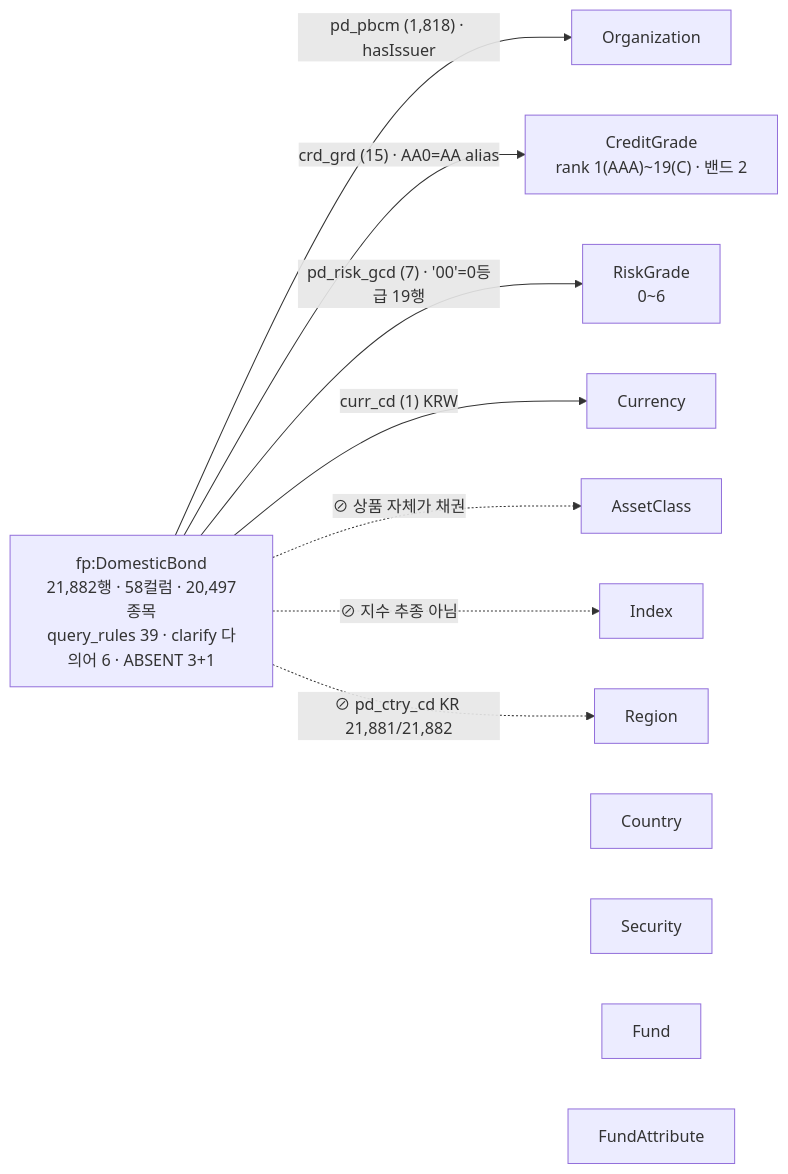
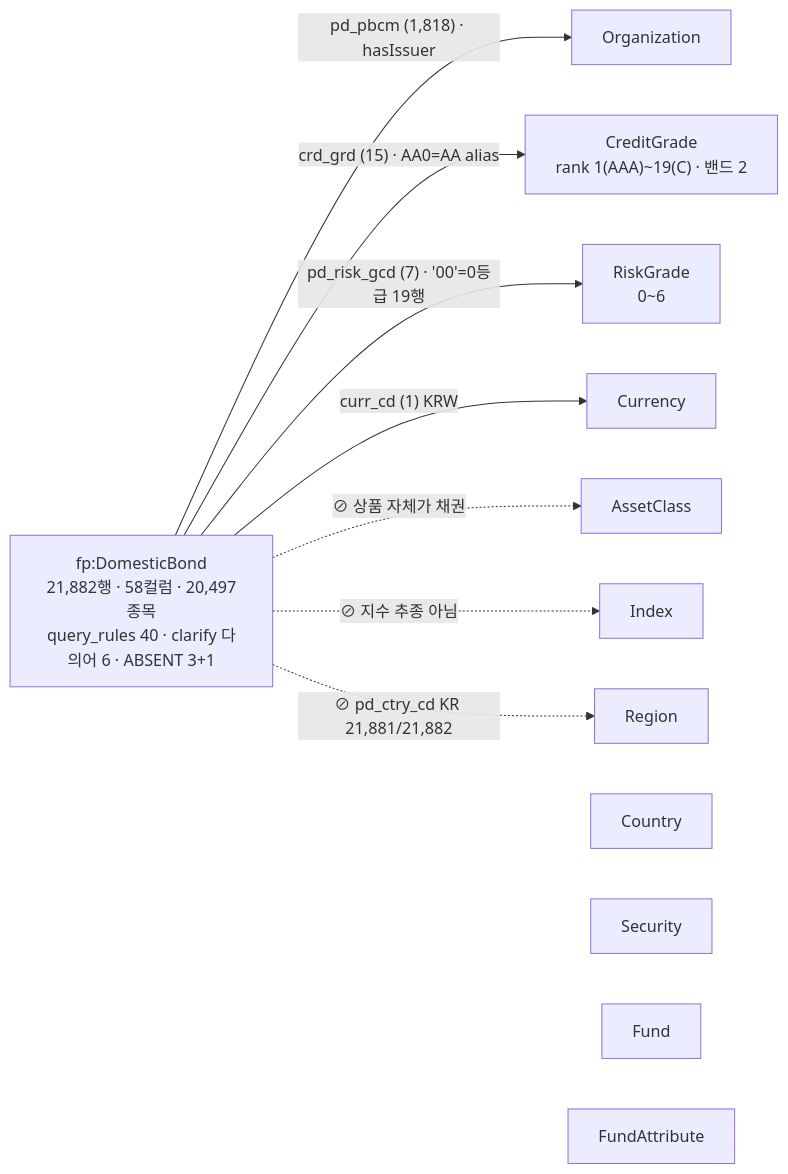
The diagram in docs/기술제안서/04_도메인_채권.md (Song-exp/miraeassetfesta), drawn with Mermaid before and after one commit. The commit also changed other lines of this file and 1 other file, not shown here.

First line of the commit message:
docs(bonds): query_rules 수 정정 — 오전 '39' 는 주석 줄 오기, 템플릿 38 이 맞았고 9/3 오후 2건 추가로 40 (yaml.safe_load 기준)

````diff
--- a/docs/기술제안서/04_도메인_채권.md
+++ b/docs/기술제안서/04_도메인_채권.md
@@ -49,13 +49,13 @@
 ```mermaid
 flowchart LR
-  B["fp:DomesticBond<br/>21,882행 · 58컬럼 · 20,497종목<br/>query_rules 39 · clarify 다의어 6 · ABSENT 3+1"]
+  B["fp:DomesticBond<br/>21,882행 · 58컬럼 · 20,497종목<br/>query_rules 40 · clarify 다의어 6 · ABSENT 3+1"]
   ORG[Organization]; CG["CreditGrade<br/>rank 1(AAA)~19(C) · 밴드 2"]; RG["RiskGrade<br/>0~6"]; AC[AssetClass]; IDX[Index]; REG[Region]; CTY[Country]; CUR[Currency]; SEC[Security]; FND[Fund]; FA[FundAttribute]
   B -- "pd_pbcm (1,818) · hasIssuer" --> ORG
   B -- "crd_grd (15) · AA0=AA alias" --> CG
   B -- "pd_risk_gcd (7) · '00'=0등급 19행" --> RG
   B -- "curr_cd (1) KRW" --> CUR
   B -. "⊘ 상품 자체가 채권" .-> AC
   B -. "⊘ 지수 추종 아님" .-> IDX
   B -. "⊘ pd_ctry_cd KR 21,881/21,882" .-> REG
   B ~~~ CTY; B ~~~ SEC; B ~~~ FND; B ~~~ FA
 ```
````
